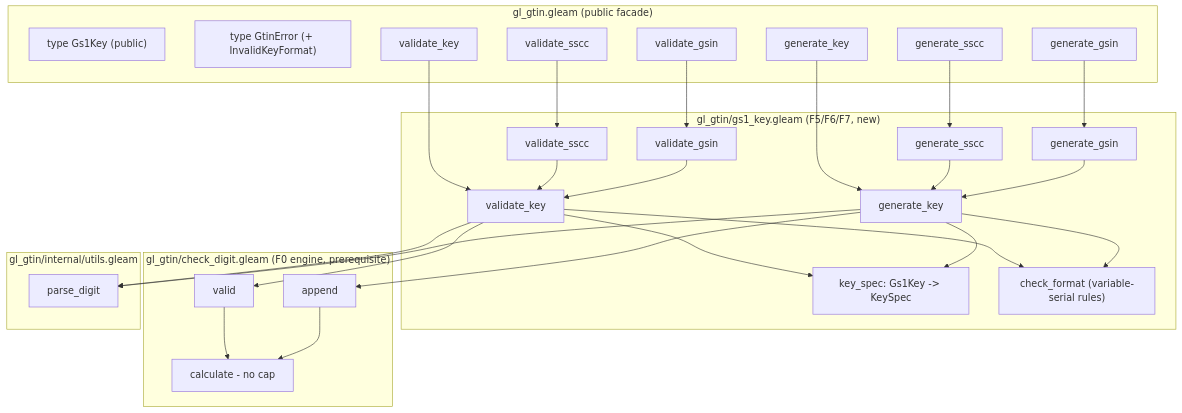
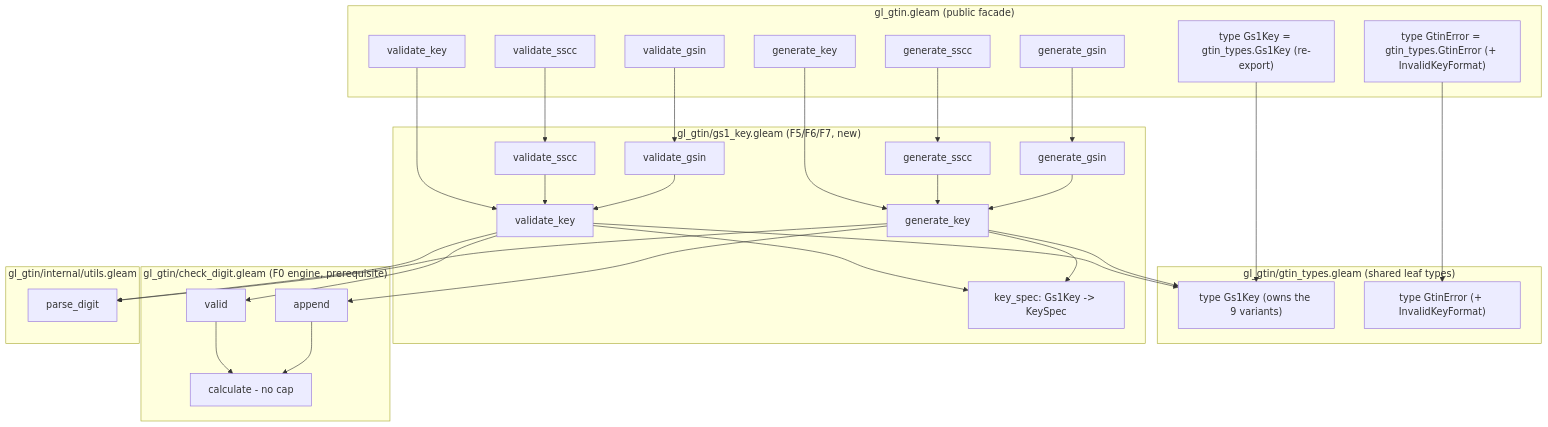
The diagram in .kiro/specs/gl-gtin-gs1-keys/design.md (kickinespresso/gl_gtin), drawn with Mermaid before and after one commit. The commit also changed other lines of this file and 4 other files, not shown here.

First line of the commit message:
feat: full variable-serial key support + design doc updates

````diff
--- a/.kiro/specs/gl-gtin-gs1-keys/design.md
+++ b/.kiro/specs/gl-gtin-gs1-keys/design.md
@@ -70,57 +84,64 @@
 ```mermaid
 graph TD
   subgraph Facade["gl_gtin.gleam (public facade)"]
-    T_key["type Gs1Key (public)"]
-    T_err["type GtinError (+ InvalidKeyFormat)"]
+    T_key["type Gs1Key = gtin_types.Gs1Key (re-export)"]
+    T_err["type GtinError = gtin_types.GtinError (+ InvalidKeyFormat)"]
     P_vs[validate_sscc]
     P_gs[generate_sscc]
     P_vg[validate_gsin]
     P_gg[generate_gsin]
     P_vk[validate_key]
     P_gk[generate_key]
+  end
+
+  subgraph Types["gl_gtin/gtin_types.gleam (shared leaf types)"]
+    TT_key["type Gs1Key (owns the 9 variants)"]
+    TT_err["type GtinError (+ InvalidKeyFormat)"]
   end
 
   subgraph Gs1KeyMod["gl_gtin/gs1_key.gleam (F5/F6/F7, new)"]
     K_spec["key_spec: Gs1Key -> KeySpec"]
     K_vk[validate_key]
     K_gk[generate_key]
     K_vs[validate_sscc]
     K_gs[generate_sscc]
     K_vg[validate_gsin]
     K_gg[generate_gsin]
-    K_fmt["check_format (variable-serial rules)"]
   end
 
   subgraph CheckDigit["gl_gtin/check_digit.gleam (F0 engine, prerequisite)"]
     CD_calc[calculate - no cap]
     CD_valid[valid]
     CD_append[append]
   end
 
   subgraph Utils["gl_gtin/internal/utils.gleam"]
     UT_pd[parse_digit]
   end
+
+  T_key --> TT_key
+  T_err --> TT_err
+  K_vk --> TT_key
+  K_gk --> TT_key
 
   P_vs --> K_vs
   P_gs --> K_gs
   P_vg --> K_vg
   P_gg --> K_gg
   P_vk --> K_vk
   P_gk --> K_gk
 
   K_vs --> K_vk
   K_gs --> K_gk
   K_vg --> K_vk
   K_gg --> K_gk
 
   K_vk --> K_spec
   K_gk --> K_spec
   K_vk --> CD_valid
   K_gk --> CD_append
-  K_vk --> K_fmt
-  K_gk --> K_fmt
   K_vk --> UT_pd
   K_gk --> UT_pd
   CD_valid --> CD_calc
   CD_append --> CD_calc
 ```
````
